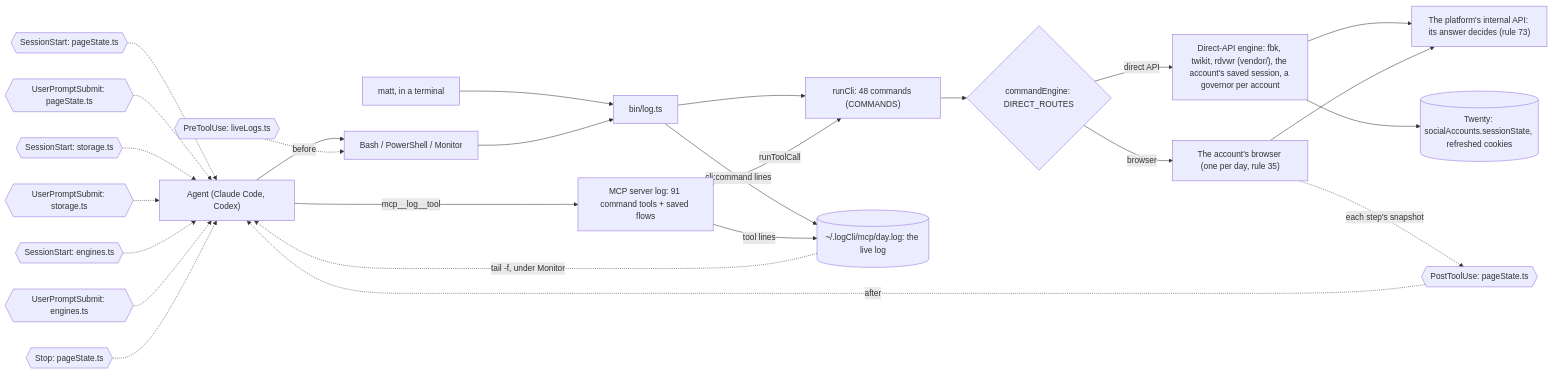
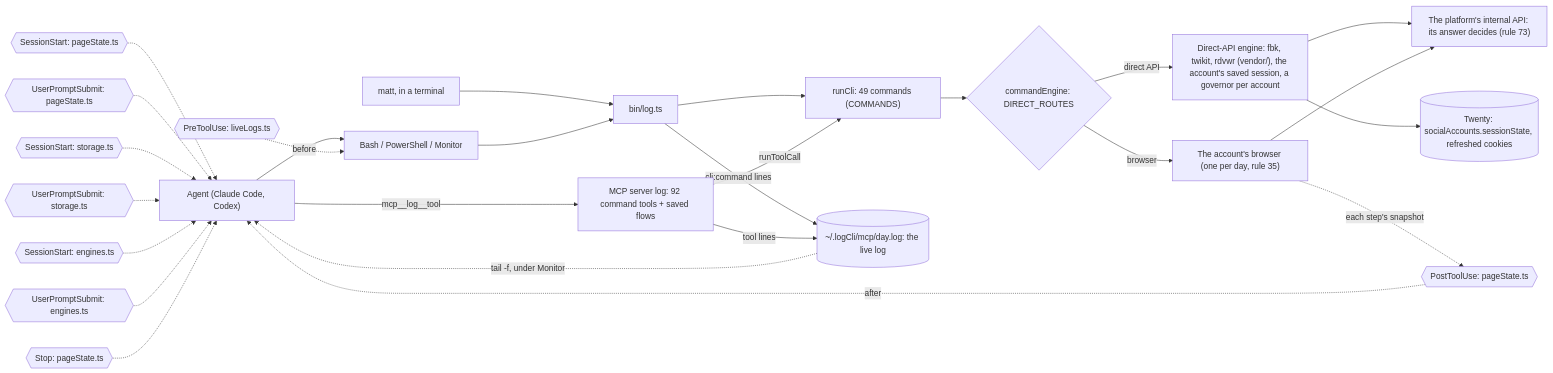
The third of 6 diagrams in README.md (matthewdonsemail-lab/log), drawn with Mermaid before and after one commit. The commit also changed other lines of this file and 16 other files, not shown here.

````diff
--- a/README.md
+++ b/README.md
@@ -219,40 +220,40 @@
 ```mermaid
 flowchart LR
   agent["Agent (Claude Code, Codex)"]
   matt["matt, in a terminal"]
   shell["Bash / PowerShell / Monitor"]
-  mcp["MCP server log: 91 command tools + saved flows"]
+  mcp["MCP server log: 92 command tools + saved flows"]
   bin["bin/log.ts"]
-  runCli["runCli: 48 commands (COMMANDS)"]
+  runCli["runCli: 49 commands (COMMANDS)"]
   live[("~/.logCli/mcp/day.log: the live log")]
   engine{"commandEngine: DIRECT_ROUTES"}
   direct["Direct-API engine: fbk, twikit, rdvwr (vendor/), the account's saved session, a governor per account"]
   browser["The account's browser (one per day, rule 35)"]
   api["The platform's internal API: its answer decides (rule 73)"]
   twenty[("Twenty: socialAccounts.sessionState, refreshed cookies")]
   agent --> shell
   matt --> bin
   shell --> bin
   agent -->|mcp__log__tool| mcp
   bin --> runCli
   mcp -->|runToolCall| runCli
   runCli --> engine
   engine -->|direct API| direct
   engine -->|browser| browser
   direct --> api
   browser --> api
   direct --> twenty
   bin -->|cli:command lines| live
   mcp -->|tool lines| live
   live -.->|tail -f, under Monitor| agent
   pre0{{"PreToolUse: liveLogs.ts"}} -.->|before| shell
   post0{{"PostToolUse: pageState.ts"}} -.->|after| agent
   turn0{{"SessionStart: pageState.ts"}} -.-> agent
   turn1{{"UserPromptSubmit: pageState.ts"}} -.-> agent
   turn2{{"SessionStart: storage.ts"}} -.-> agent
   turn3{{"UserPromptSubmit: storage.ts"}} -.-> agent
   turn4{{"SessionStart: engines.ts"}} -.-> agent
   turn5{{"UserPromptSubmit: engines.ts"}} -.-> agent
   turn6{{"Stop: pageState.ts"}} -.-> agent
   browser -.->|each step's snapshot| post0
 ```
````
